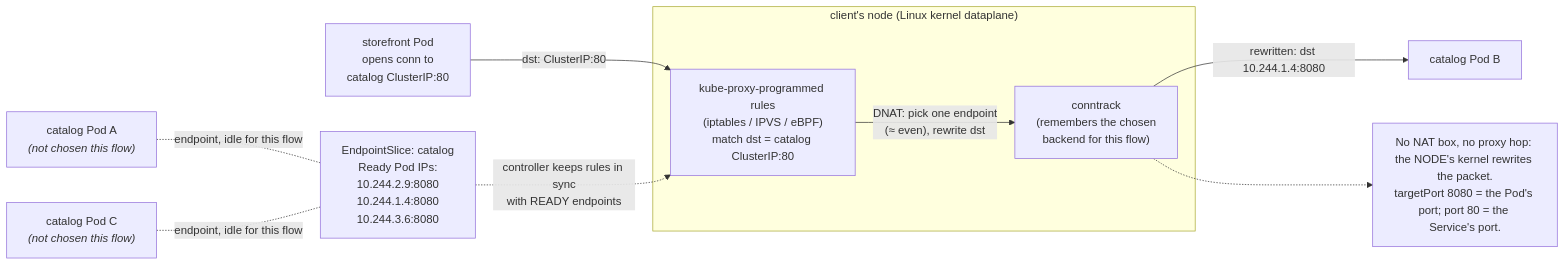
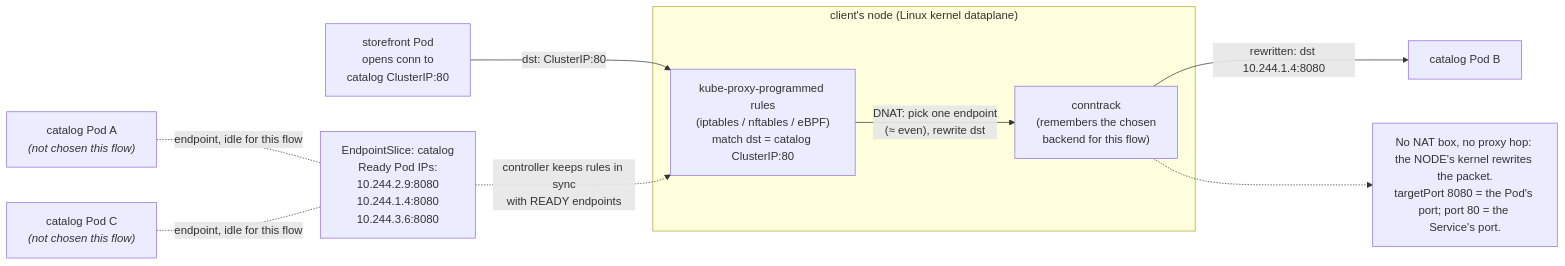
One commit to abd-ulbasit/bookstore-kubernetes-guide changed the diagram in full-guide/02-networking/02-services.md. Above: the diagram before and after it, drawn with Mermaid. The commit also changed other lines of this file and 56 other files, not shown here.

````diff
--- a/full-guide/02-networking/02-services.md
+++ b/full-guide/02-networking/02-services.md
@@ -60,21 +60,21 @@
 ```mermaid
 flowchart LR
     cli["storefront Pod<br/>opens conn to<br/>catalog ClusterIP:80"]
     subgraph node["client's node (Linux kernel dataplane)"]
-        kp["kube-proxy-programmed rules<br/>(iptables / IPVS / eBPF)<br/>match dst = catalog ClusterIP:80"]
+        kp["kube-proxy-programmed rules<br/>(iptables / nftables / eBPF)<br/>match dst = catalog ClusterIP:80"]
         ct["conntrack<br/>(remembers the chosen<br/>backend for this flow)"]
     end
     es["EndpointSlice: catalog<br/>Ready Pod IPs:<br/>10.244.2.9:8080<br/>10.244.1.4:8080<br/>10.244.3.6:8080"]
     p1["catalog Pod A<br/><I>(not chosen this flow)</i>"]
     p2["catalog Pod B"]
     p3["catalog Pod C<br/><I>(not chosen this flow)</i>"]
 
     cli -->|"dst: ClusterIP:80"| kp
     es -.->|"controller keeps rules in sync<br/>with READY endpoints"| kp
     kp -->|"DNAT: pick one endpoint<br/>(≈ even), rewrite dst"| ct
     ct -->|"rewritten: dst 10.244.1.4:8080"| p2
     p1 -.-|"endpoint, idle for this flow"| es
     p3 -.-|"endpoint, idle for this flow"| es
     note["No NAT box, no proxy hop: the NODE's kernel rewrites the packet.<br/>targetPort 8080 = the Pod's port; port 80 = the Service's port."]
     ct -.-> note
 ```
````
